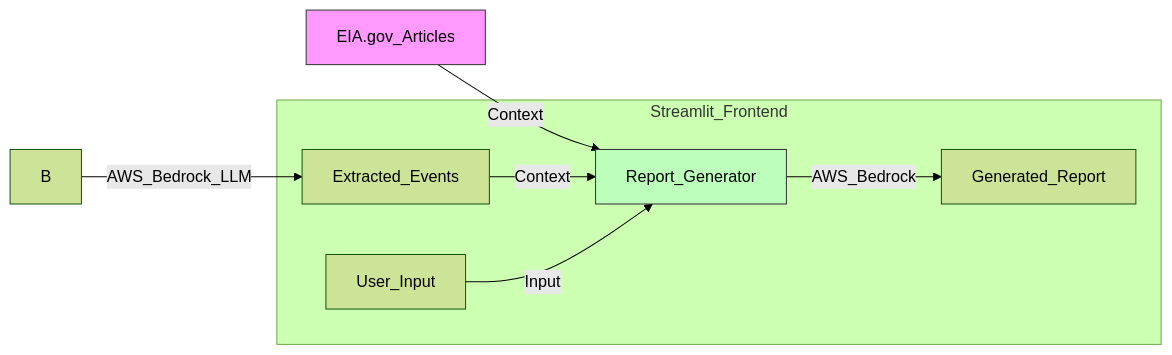
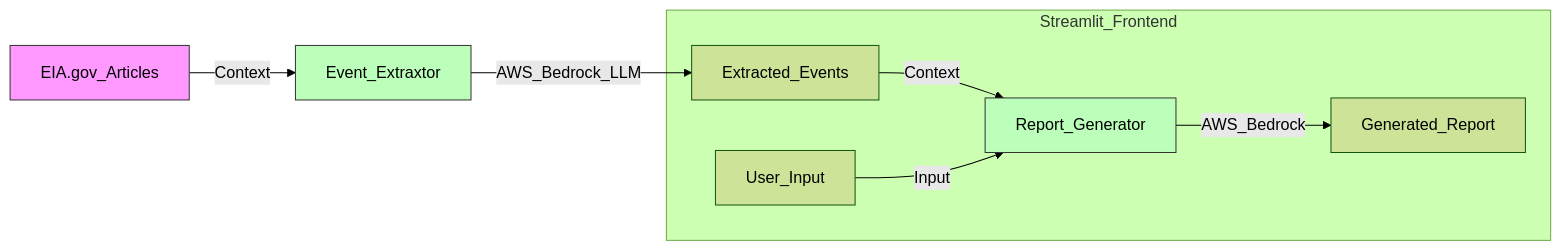
The diagram in README.md (nickchao1020/woodmac-proj), drawn with Mermaid (forest theme) before and after one commit.

````diff
--- a/README.md
+++ b/README.md
@@ -102,15 +102,16 @@
 ```mermaid
 flowchart LR
-    A[EIA.gov_Articles] -->|Context| E[Article_Processor]
+    A[EIA.gov_Articles] -->|Context| B[Event_Extraxtor]
     B -->|AWS_Bedrock_LLM| C[Extracted_Events]
     
     subgraph Streamlit_Frontend
         D[User_Input]
         C -->|Context| E[Report_Generator]
         D -->|Input| E
         E -->|AWS_Bedrock| F[Generated_Report]
     end
 
     style A fill:#f9f,stroke:#333
+    style B fill:#bfb,stroke:#333
     style E fill:#bfb,stroke:#333
 ```
````
